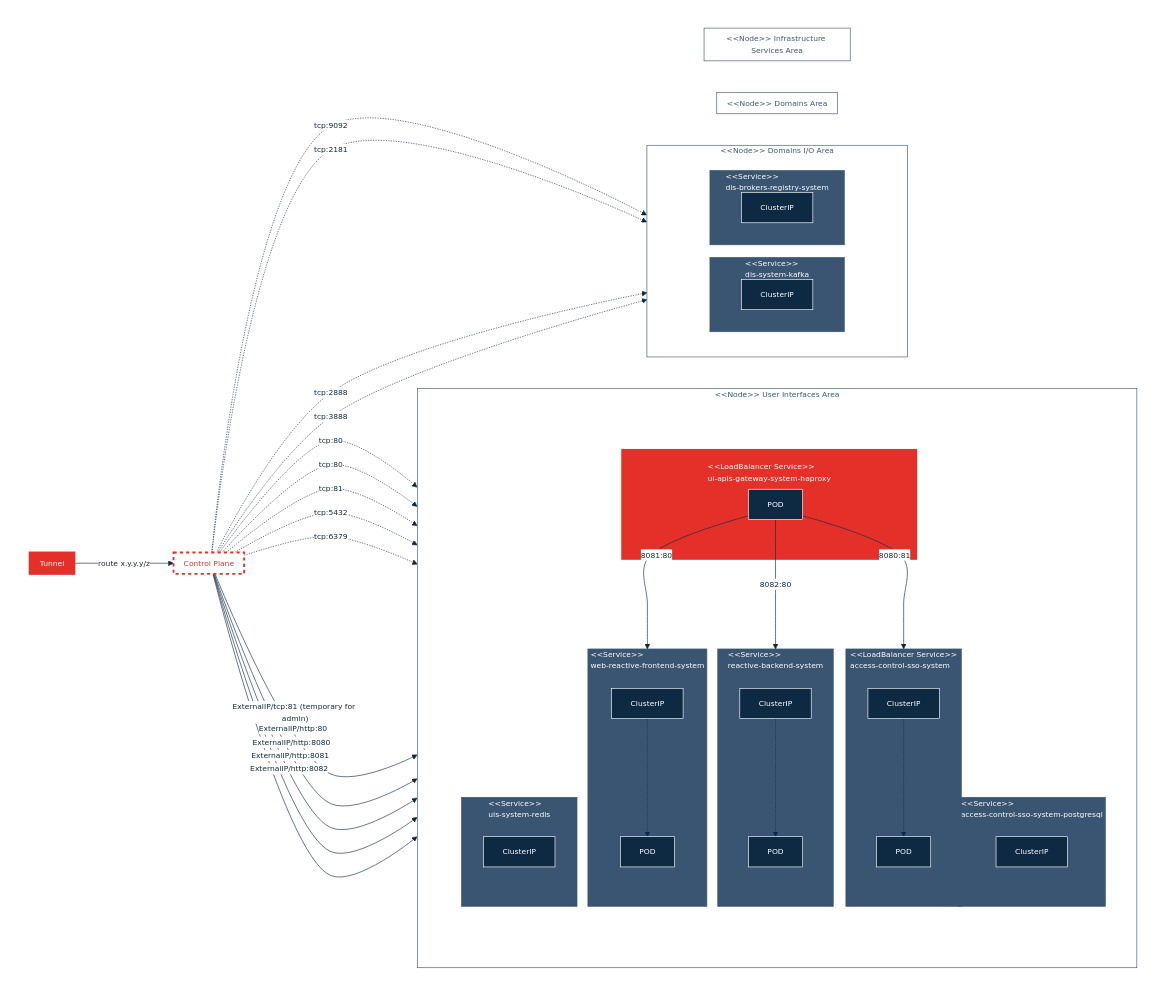
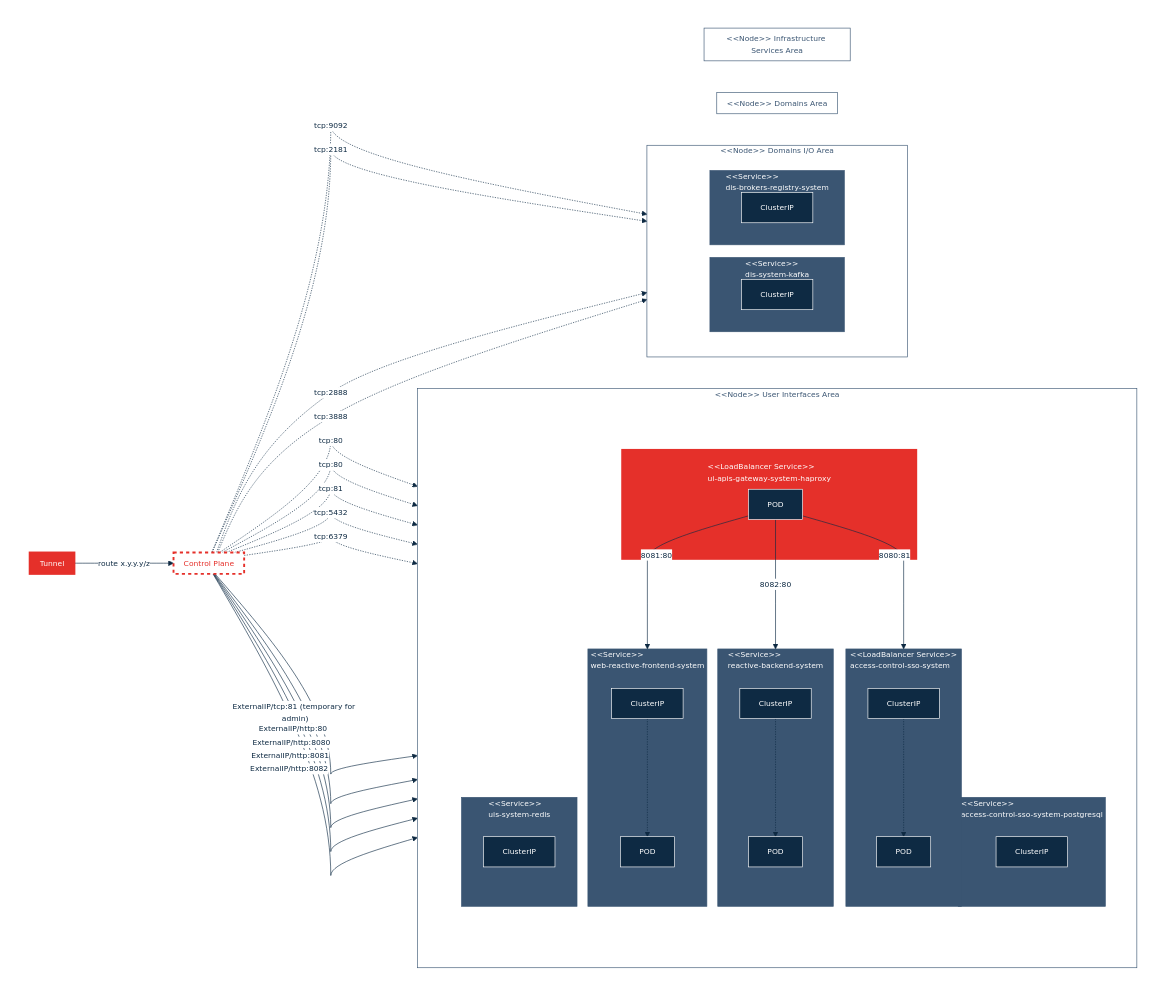
One commit to cybnity/foundation changed the diagram in implementations-line/systems/README.md. Above: the diagram before and after it, drawn with Mermaid.

```diff
--- a/implementations-line/systems/README.md
+++ b/implementations-line/systems/README.md
@@ -95,7 +95,7 @@
         'noteTextColor': '#fff',
         'noteBorderColor': '#fff'
     },
-    'flowchart': { 'curve': 'catmullRom' }
+    'flowchart': { 'curve': 'monotoneY' }
   }
 }%%
 flowchart LR
```
